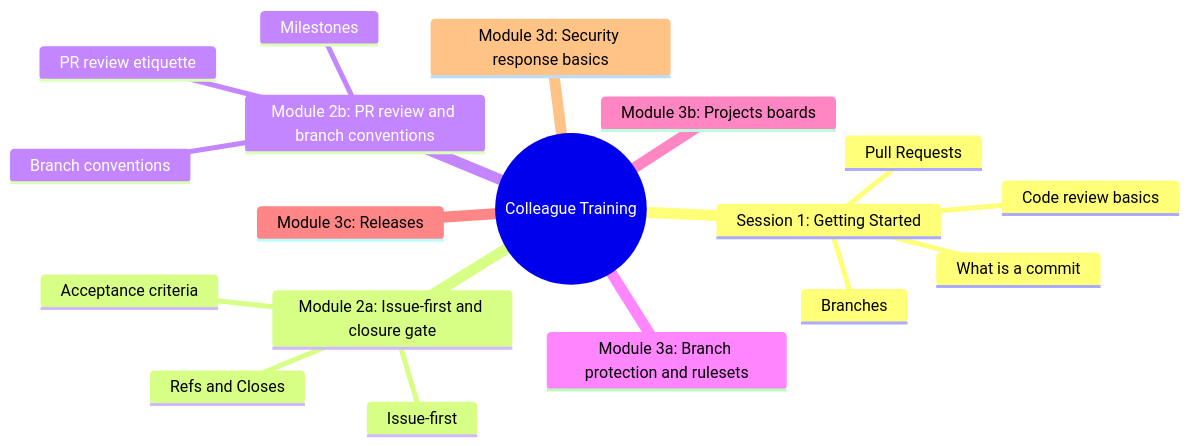
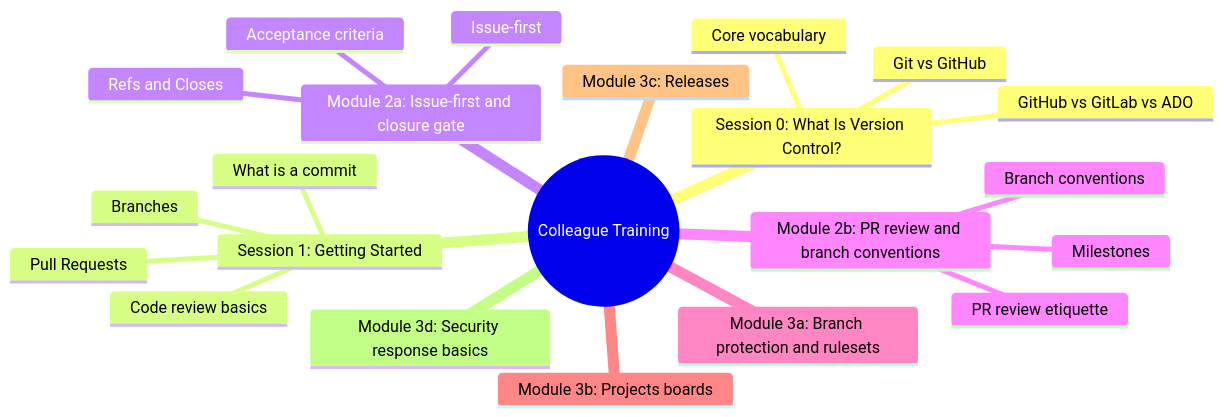
The second of 2 diagrams in education/README.md (JeanKadang/DOC-GitHub-Practice-Skills), drawn with Mermaid before and after one commit. The commit also changed other lines of this file and 2 other files, not shown here.

First line of the commit message:
docs: add Session 0 pre-Session-1 version control primer

````diff
--- a/education/README.md
+++ b/education/README.md
@@ -57,21 +58,25 @@
 ```mermaid
 mindmap
   root((Colleague Training))
+    Session 0: What Is Version Control?
+      Git vs GitHub
+      Core vocabulary
+      GitHub vs GitLab vs ADO
     Session 1: Getting Started
       What is a commit
       Branches
       Pull Requests
       Code review basics
     Module 2a: Issue-first and closure gate
       Issue-first
       Refs and Closes
       Acceptance criteria
     Module 2b: PR review and branch conventions
       PR review etiquette
       Branch conventions
       Milestones
     Module 3a: Branch protection and rulesets
     Module 3b: Projects boards
     Module 3c: Releases
     Module 3d: Security response basics
 ```
````
